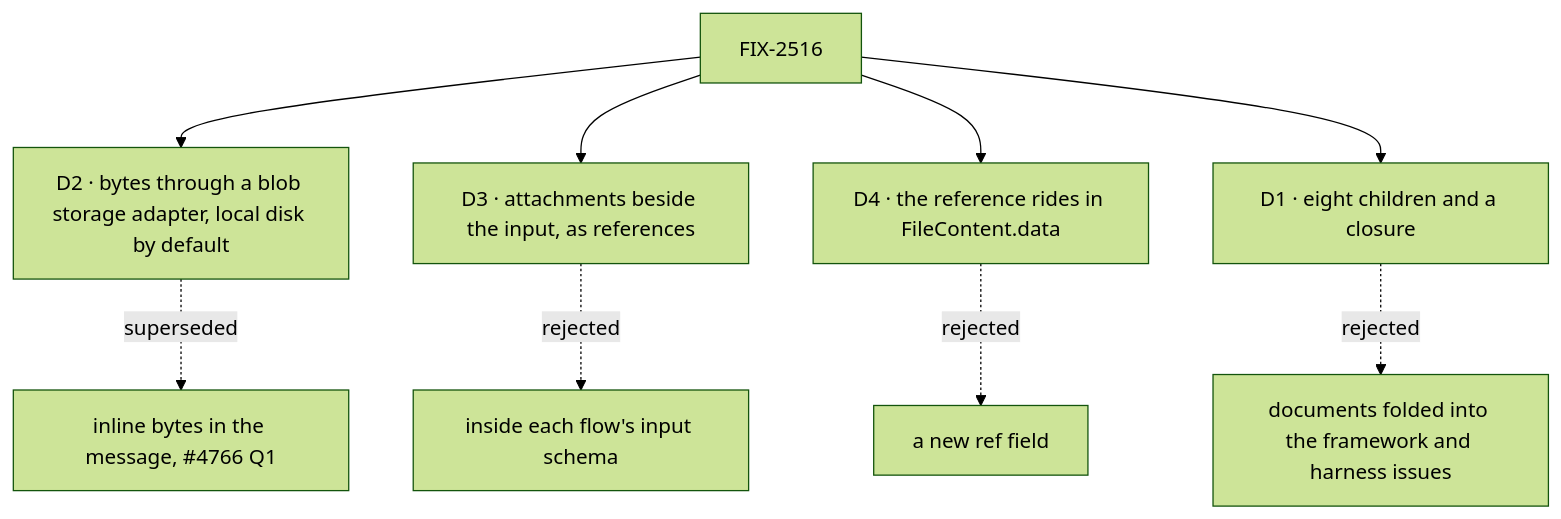
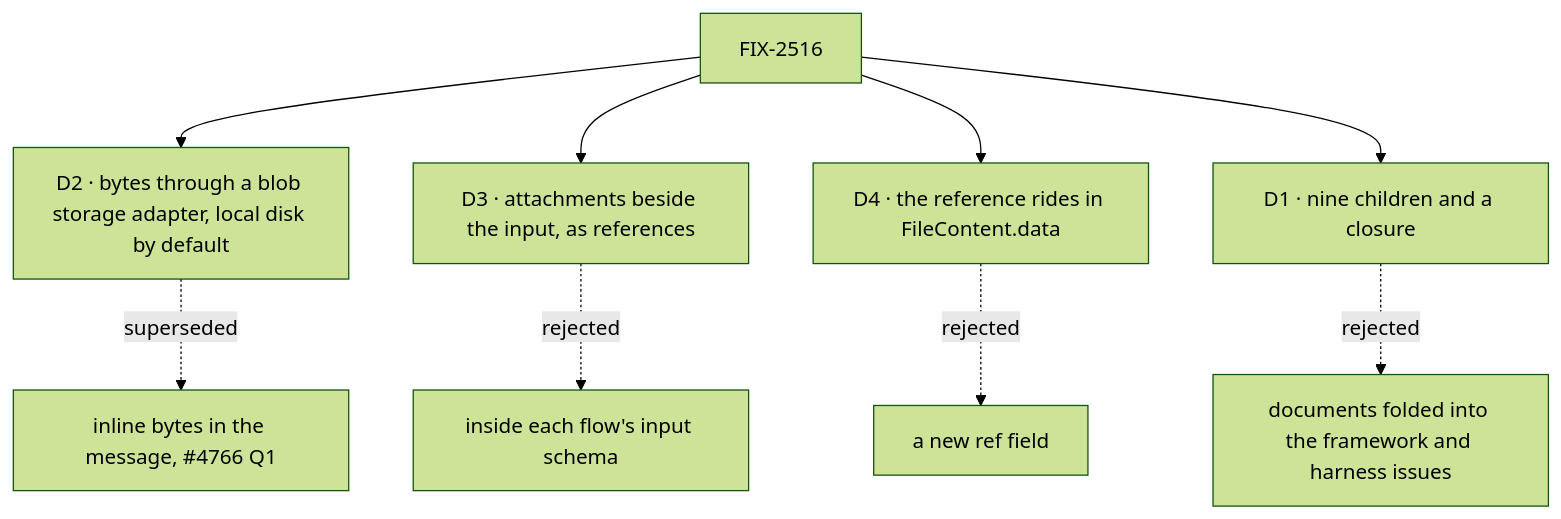
One commit to fixpoint-labs/flow-state-dev changed the diagram in specs/epics/FIX-2516/DECISIONS.md. Above: the diagram before and after it, drawn with Mermaid (forest theme). The commit also changed other lines of this file and 13 other files, not shown here.

````diff
--- a/specs/epics/FIX-2516/DECISIONS.md
+++ b/specs/epics/FIX-2516/DECISIONS.md
@@ -11,11 +11,11 @@
 ```mermaid
 flowchart TD
   E["FIX-2516"] --> D2["D2 · bytes through a blob storage adapter, local disk by default"]
   D2 -.->|"superseded"| X1["inline bytes in the message, #4766 Q1"]
   E --> D3["D3 · attachments beside the input, as references"]
   D3 -.->|"rejected"| X2["inside each flow's input schema"]
   E --> D4["D4 · the reference rides in FileContent.data"]
   D4 -.->|"rejected"| X3["a new ref field"]
-  E --> D1["D1 · eight children and a closure"]
+  E --> D1["D1 · nine children and a closure"]
   D1 -.->|"rejected"| X4["documents folded into the framework and harness issues"]
 ```
````
